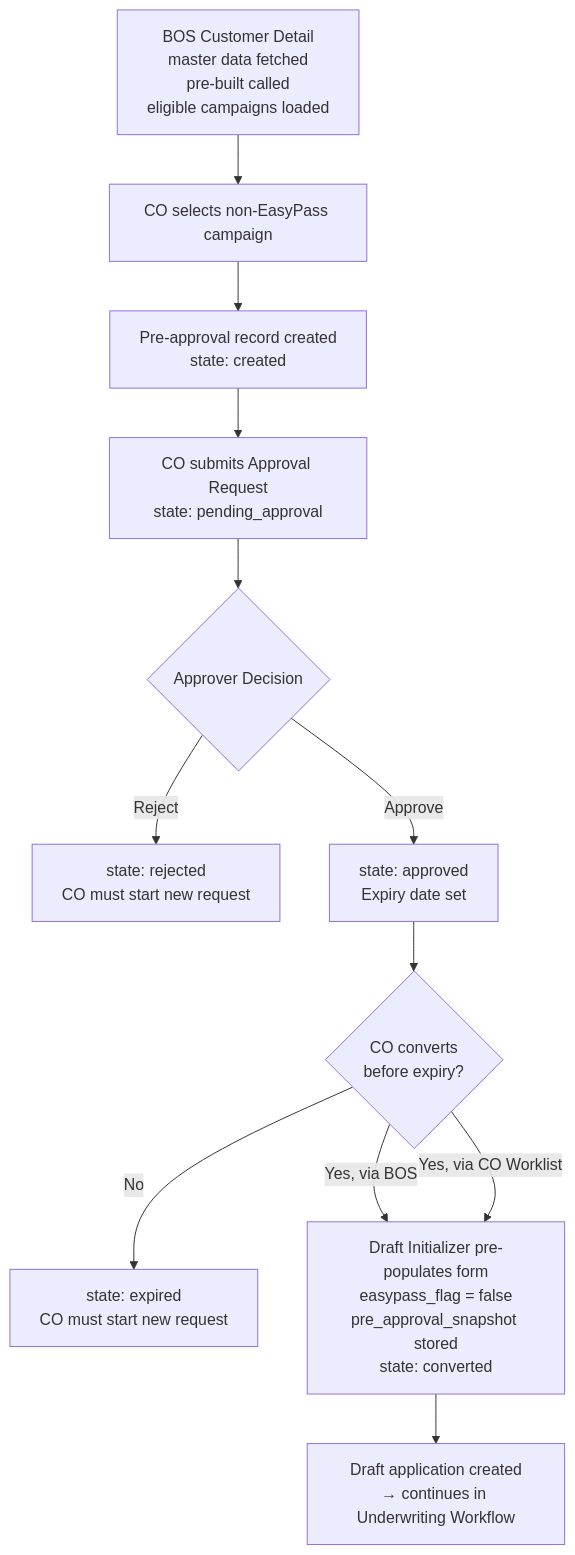
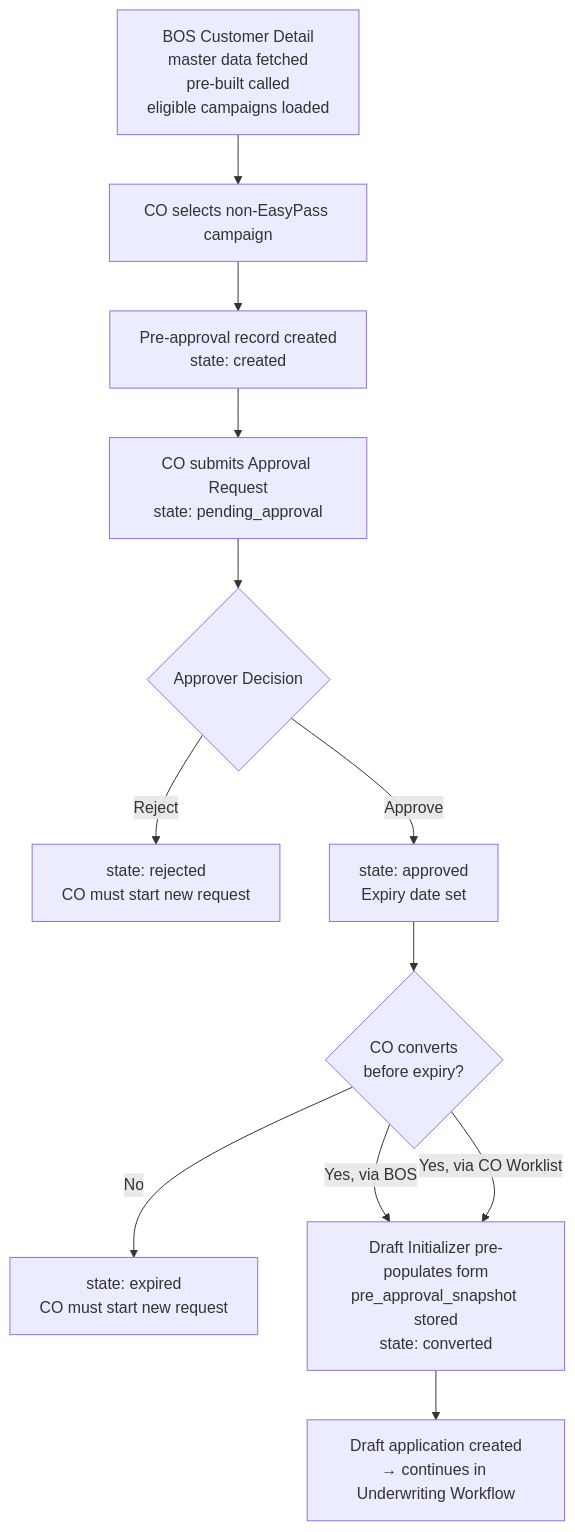
The second of 2 diagrams in product/credit/onigiri/capabilities/pre-approval/CAPABILITY.md (chanatan-sri/TurboProduct), drawn with Mermaid before and after one commit. The commit also changed other lines of this file and 4 other files, not shown here.

First line of the commit message:
fix(onigiri): EasyPass is campaign type designation, not a stored flag

````diff
--- a/product/credit/onigiri/capabilities/pre-approval/CAPABILITY.md
+++ b/product/credit/onigiri/capabilities/pre-approval/CAPABILITY.md
@@ -144,14 +144,14 @@
 ```mermaid
 flowchart TD
     A[BOS Customer Detail\nmaster data fetched\npre-built called\neligible campaigns loaded] --> B[CO selects non-EasyPass campaign]
     B --> C[Pre-approval record created\nstate: created]
     C --> D[CO submits Approval Request\nstate: pending_approval]
     D --> E{Approver Decision}
     E -- Reject --> F[state: rejected\nCO must start new request]
     E -- Approve --> G[state: approved\nExpiry date set]
     G --> H{CO converts\nbefore expiry?}
     H -- No --> I[state: expired\nCO must start new request]
-    H -- Yes, via BOS --> J[Draft Initializer pre-populates form\neasypass_flag = false\npre_approval_snapshot stored\nstate: converted]
+    H -- Yes, via BOS --> J[Draft Initializer pre-populates form\npre_approval_snapshot stored\nstate: converted]
     H -- Yes, via CO Worklist --> J
     J --> K[Draft application created\n→ continues in Underwriting Workflow]
 ```
````
